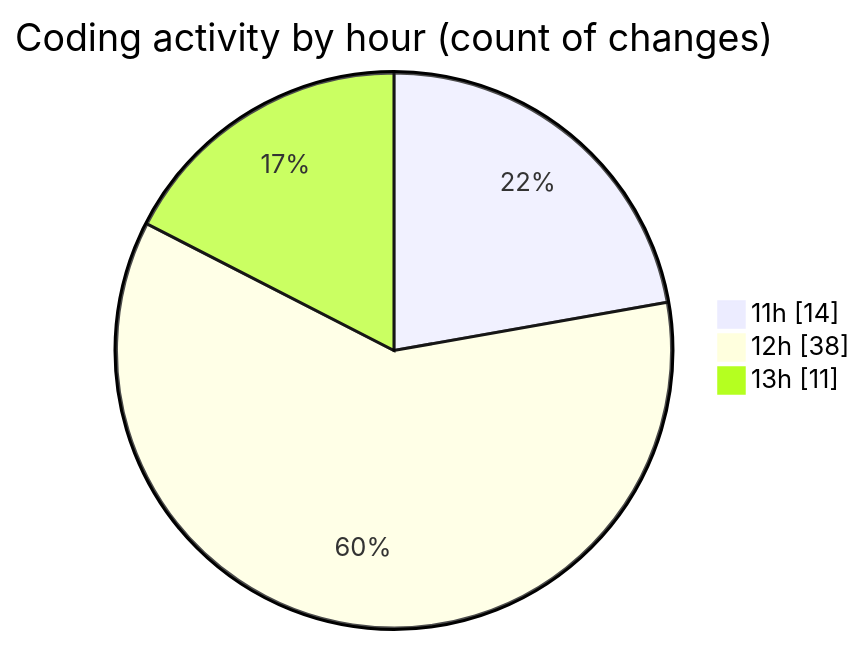
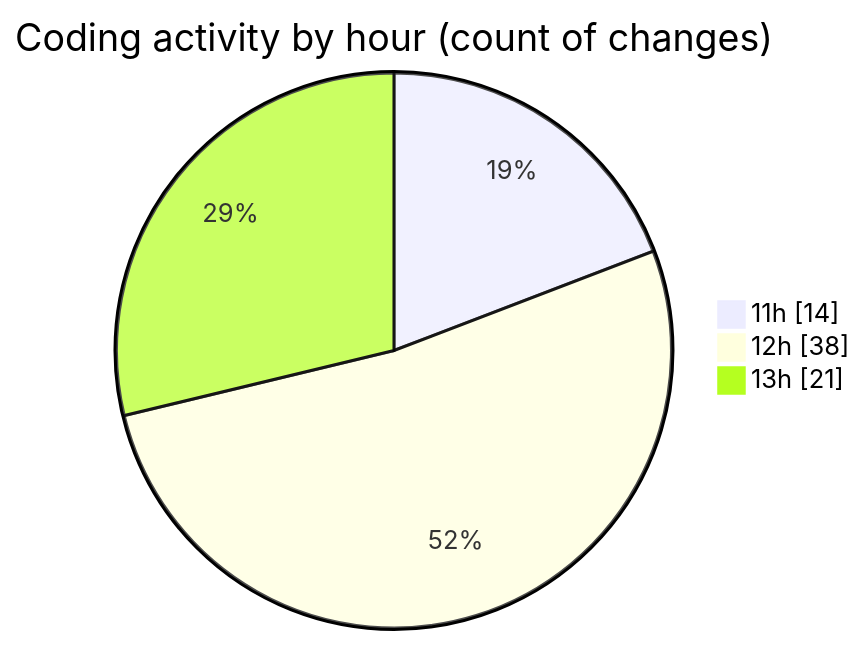
One commit to nxtqubesakshisongat/code-tracking changed the second of 2 diagrams in 2025-08-28/nxtqube_webapp/README.md. Above: the diagram before and after it, drawn with Mermaid. The commit also changed other lines of this file and 1 other file, not shown here.

````diff
--- a/2025-08-28/nxtqube_webapp/README.md
+++ b/2025-08-28/nxtqube_webapp/README.md
@@ -34,7 +34,7 @@
 ```mermaid
 pie showData
 title Coding activity by hour (count of changes)
 "11h" : 14
 "12h" : 38
-"13h" : 11
+"13h" : 21
 ```
````
